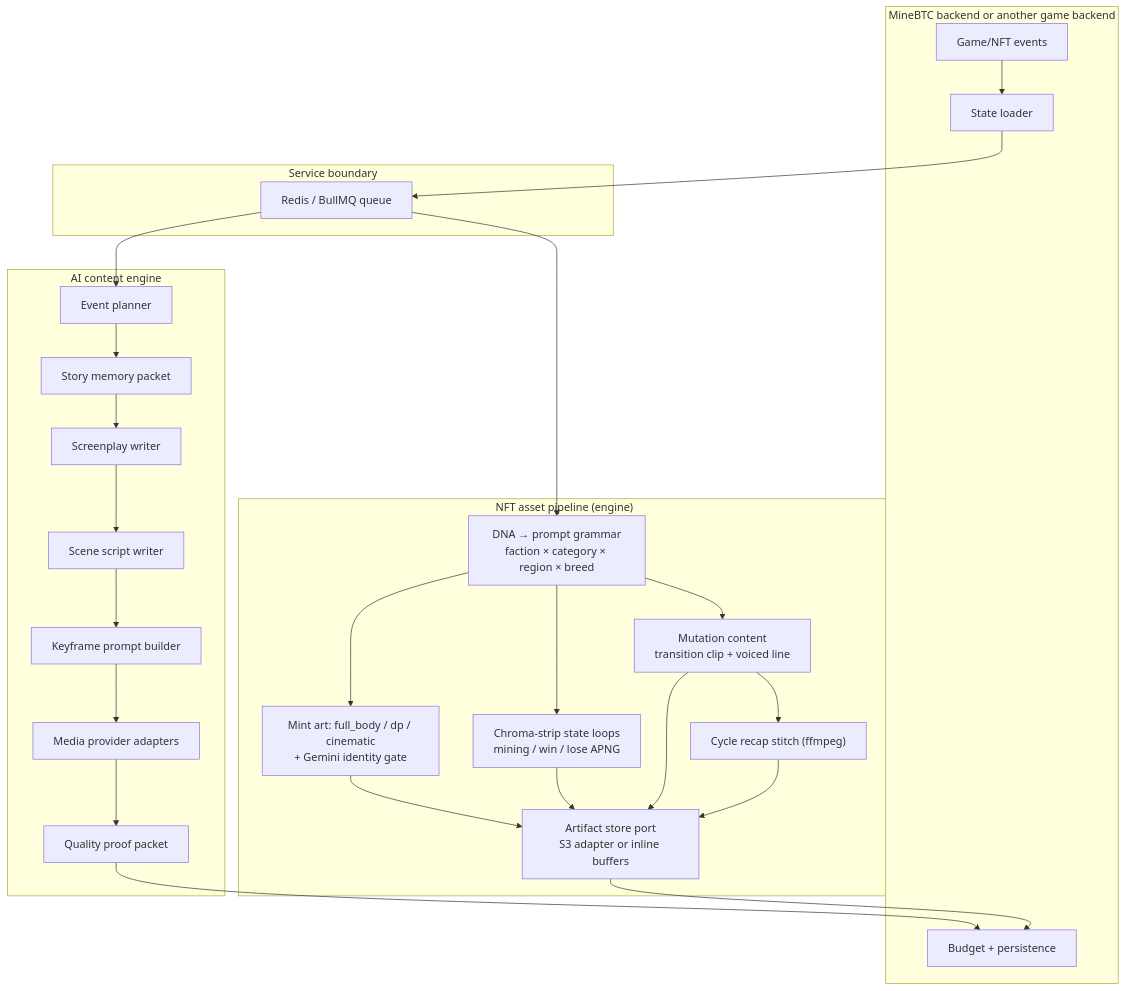
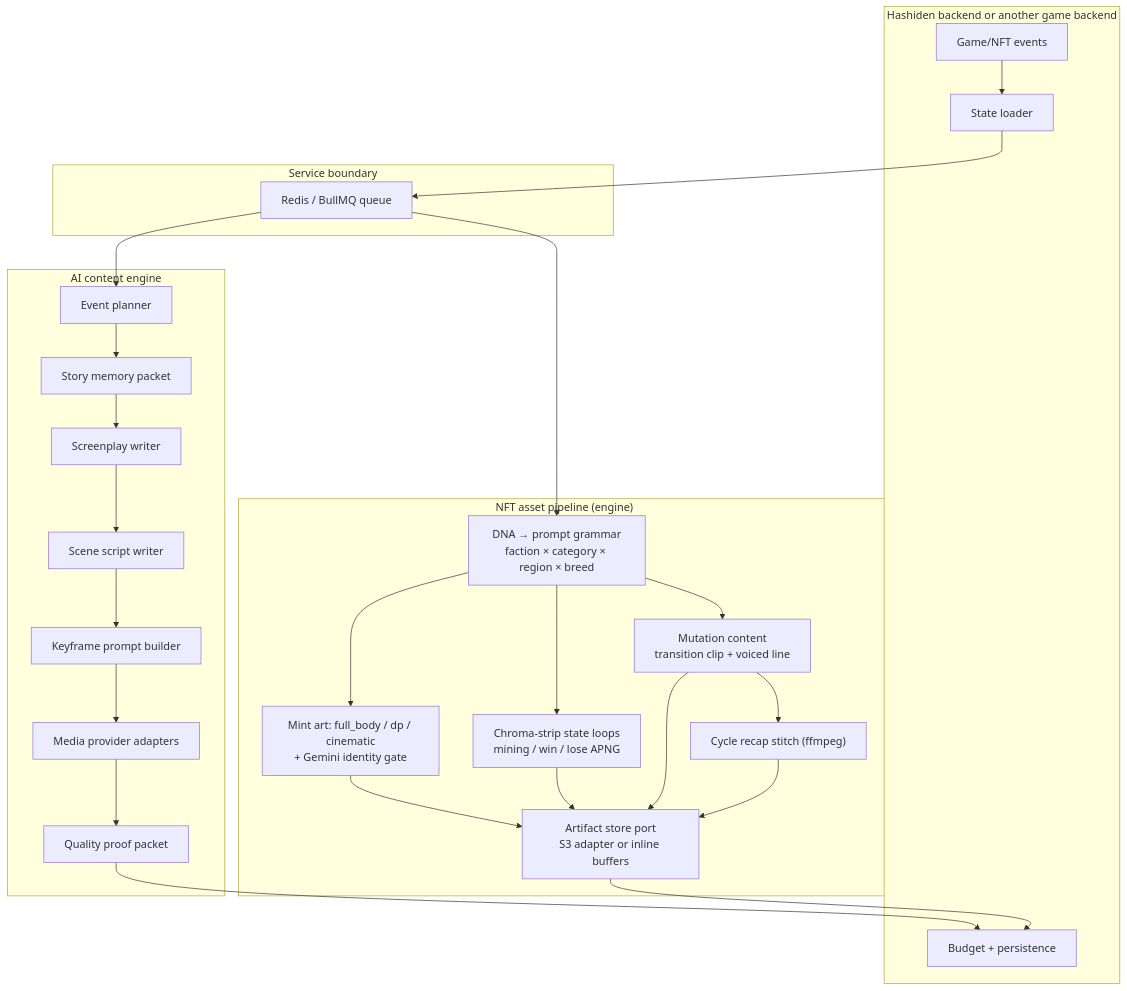
One commit to LifeOrDream/hashiden-content-engine changed the diagram in docs/architecture.md. Above: the diagram before and after it, drawn with Mermaid. The commit also changed other lines of this file and 42 other files, not shown here.

````diff
--- a/docs/architecture.md
+++ b/docs/architecture.md
@@ -7,40 +7,40 @@
 ```mermaid
 flowchart TB
-  subgraph Backend["MineBTC backend or another game backend"]
+  subgraph Backend["Hashiden backend or another game backend"]
     A["Game/NFT events"]
     B["State loader"]
     C["Budget + persistence"]
   end
 
   subgraph Queue["Service boundary"]
     Q["Redis / BullMQ queue"]
   end
 
   subgraph Engine["AI content engine"]
     D["Event planner"]
     E["Story memory packet"]
     F["Screenplay writer"]
     G["Scene script writer"]
     H["Keyframe prompt builder"]
     I["Media provider adapters"]
     J["Quality proof packet"]
   end
 
   subgraph Nft["NFT asset pipeline (engine)"]
     N1["DNA → prompt grammar<br/>faction × category × region × breed"]
     N2["Mint art: full_body / dp / cinematic<br/>+ Gemini identity gate"]
     N3["Chroma-strip state loops<br/>mining / win / lose APNG"]
     N4["Mutation content<br/>transition clip + voiced line"]
     N5["Cycle recap stitch (ffmpeg)"]
     N6["Artifact store port<br/>S3 adapter or inline buffers"]
   end
 
   A --> B --> Q
   Q --> D --> E --> F --> G --> H --> I --> J
   J --> C
   Q --> N1 --> N2 --> N6
   N1 --> N3 --> N6
   N1 --> N4 --> N6
   N4 --> N5 --> N6
   N6 --> C
 ```
````
